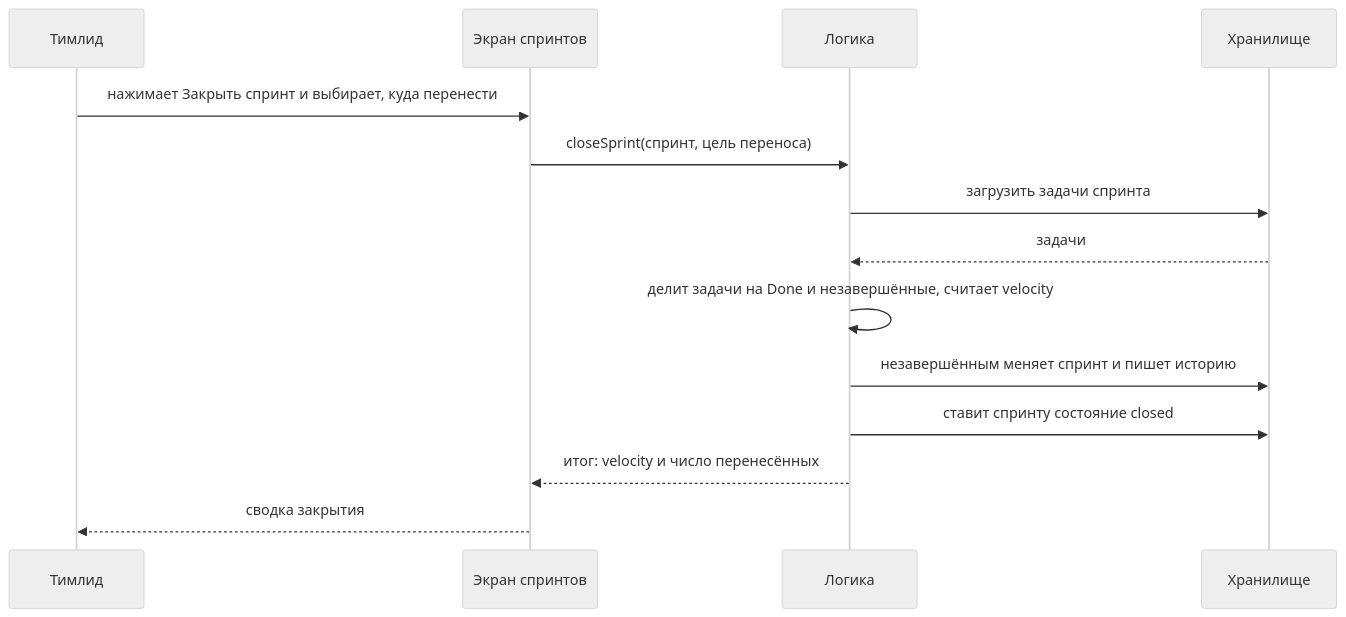
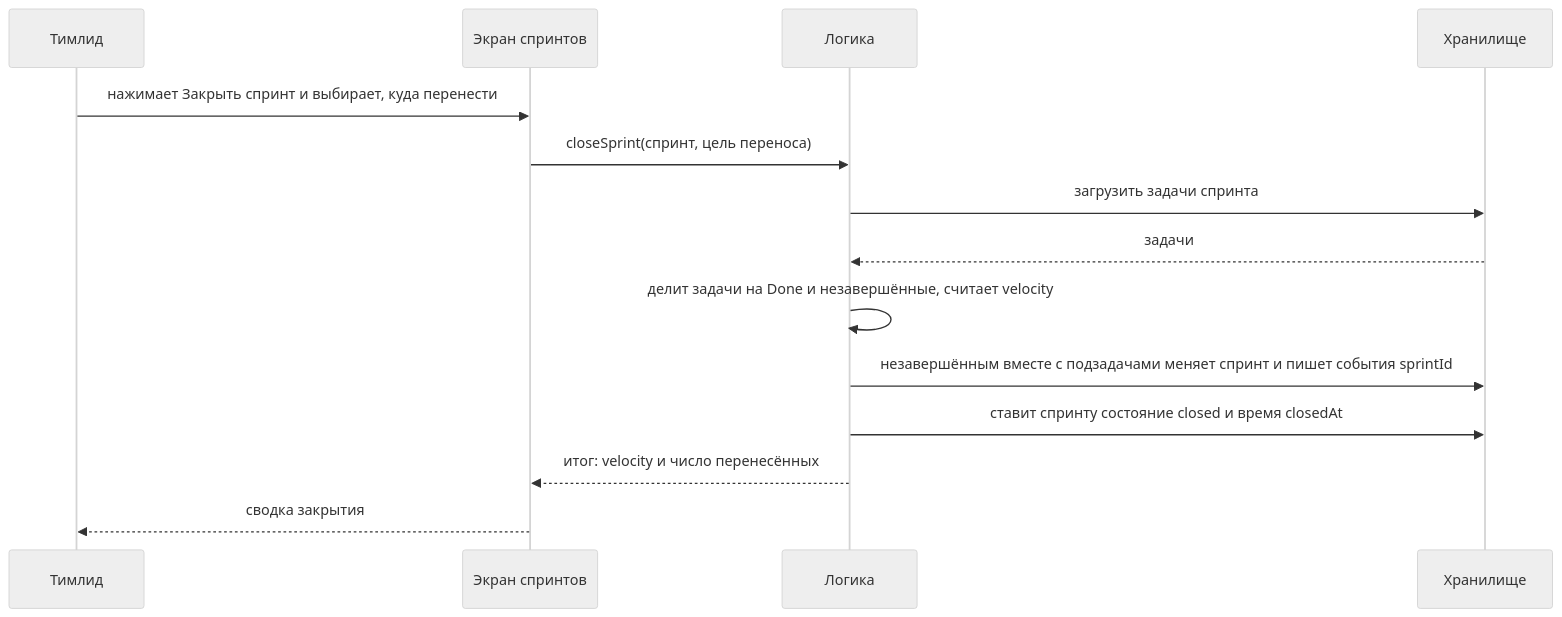
The fifth of 6 diagrams in docs/architecture.md (TimurNazmutdinov/team-tracker), drawn with Mermaid (neutral theme) before and after one commit. The commit also changed other lines of this file and 45 other files, not shown here.

````diff
--- a/docs/architecture.md
+++ b/docs/architecture.md
@@ -183,16 +185,16 @@
 ```mermaid
 sequenceDiagram
     participant T as Тимлид
     participant E as Экран спринтов
     participant L as Логика
     participant S as Хранилище
     T->>E: нажимает Закрыть спринт и выбирает, куда перенести
     E->>L: closeSprint(спринт, цель переноса)
     L->>S: загрузить задачи спринта
     S-->>L: задачи
     L->>L: делит задачи на Done и незавершённые, считает velocity
-    L->>S: незавершённым меняет спринт и пишет историю
-    L->>S: ставит спринту состояние closed
+    L->>S: незавершённым вместе с подзадачами меняет спринт и пишет события sprintId
+    L->>S: ставит спринту состояние closed и время closedAt
     L-->>E: итог: velocity и число перенесённых
     E-->>T: сводка закрытия
 ```
````
